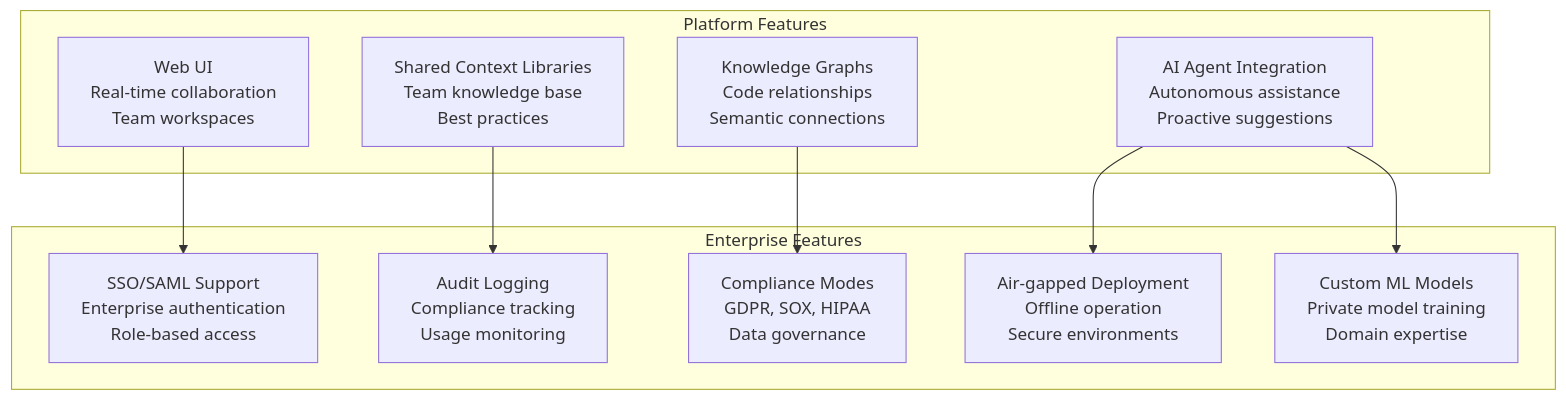
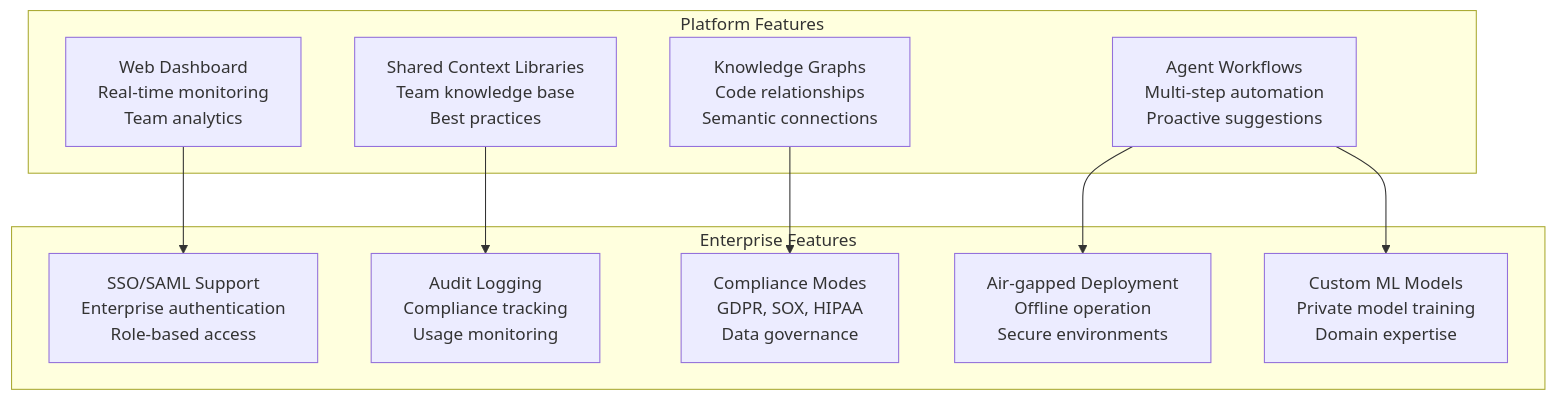
The fourth of 6 diagrams in docs/architecture/roadmap.md (jddunn/tenets), drawn with Mermaid before and after one commit. The commit also changed other lines of this file and 2 other files, not shown here.

Commit message:
docs(arch): update architecture docs with MCP-first design

````diff
--- a/docs/architecture/roadmap.md
+++ b/docs/architecture/roadmap.md
@@ -31,23 +114,23 @@
 ```mermaid
 graph TB
     subgraph "Platform Features"
-        WEB_UI[Web UI<br/>Real-time collaboration<br/>Team workspaces]
+        WEB_UI[Web Dashboard<br/>Real-time monitoring<br/>Team analytics]
         SHARED_CONTEXT[Shared Context Libraries<br/>Team knowledge base<br/>Best practices]
         KNOWLEDGE_GRAPHS[Knowledge Graphs<br/>Code relationships<br/>Semantic connections]
-        AI_AGENTS[AI Agent Integration<br/>Autonomous assistance<br/>Proactive suggestions]
+        AGENT_WORKFLOWS[Agent Workflows<br/>Multi-step automation<br/>Proactive suggestions]
     end
 
     subgraph "Enterprise Features"
         SSO[SSO/SAML Support<br/>Enterprise authentication<br/>Role-based access]
         AUDIT[Audit Logging<br/>Compliance tracking<br/>Usage monitoring]
         COMPLIANCE[Compliance Modes<br/>GDPR, SOX, HIPAA<br/>Data governance]
         AIR_GAPPED[Air-gapped Deployment<br/>Offline operation<br/>Secure environments]
         CUSTOM_ML[Custom ML Models<br/>Private model training<br/>Domain expertise]
     end
 
     WEB_UI --> SSO
     SHARED_CONTEXT --> AUDIT
     KNOWLEDGE_GRAPHS --> COMPLIANCE
-    AI_AGENTS --> AIR_GAPPED
-    AI_AGENTS --> CUSTOM_ML
+    AGENT_WORKFLOWS --> AIR_GAPPED
+    AGENT_WORKFLOWS --> CUSTOM_ML
 ```
````
